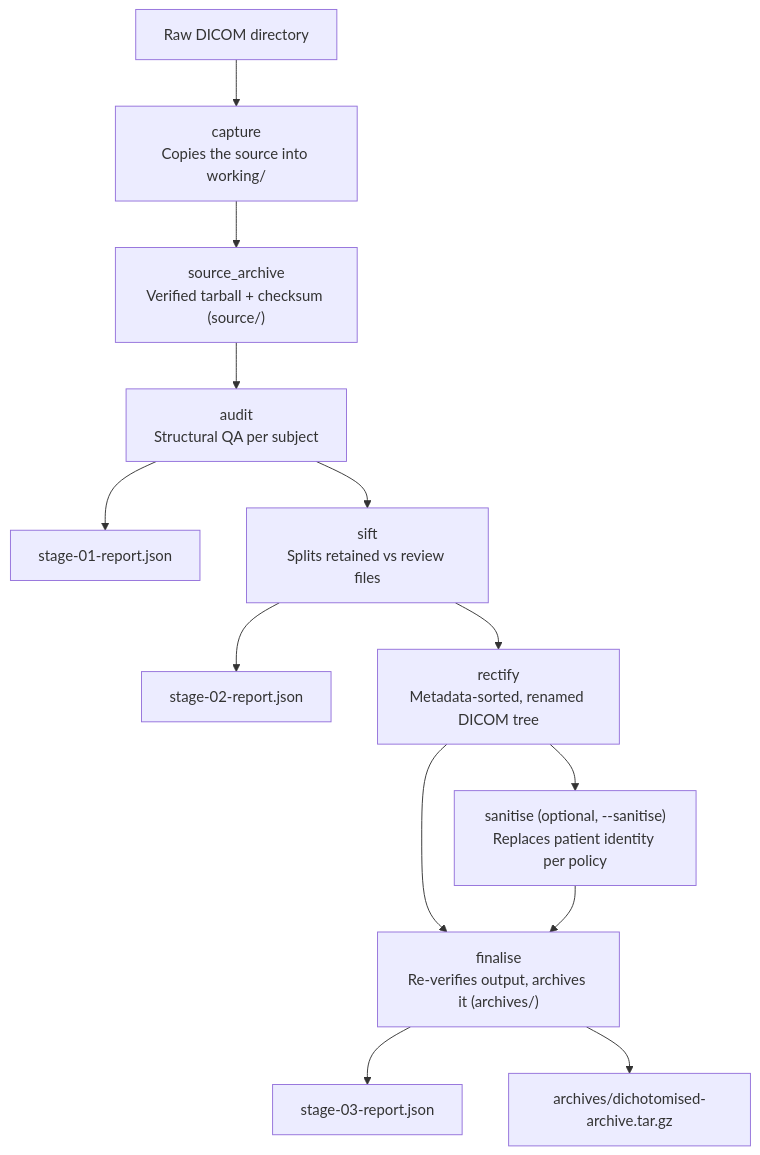
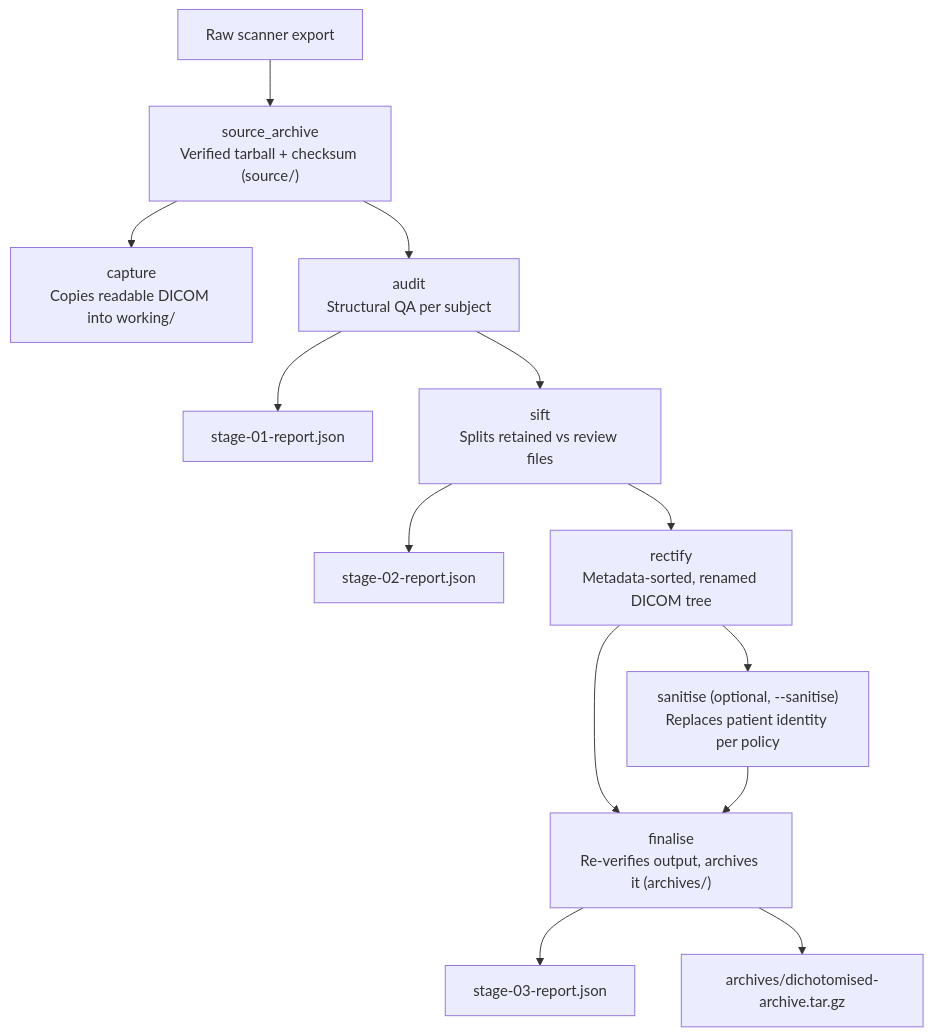
The diagram in README.md (srikash/dichotomise), drawn with Mermaid before and after one commit. The commit also changed other lines of this file and 20 other files, not shown here.

````diff
--- a/README.md
+++ b/README.md
@@ -223,15 +236,15 @@
 ```mermaid
 flowchart TD
-    SOURCE["Raw DICOM directory"] --> CAPTURE["capture<br/>Copies the source into working/"]
-    CAPTURE --> ARCHIVE["source_archive<br/>Verified tarball + checksum (source/)"]
+    SOURCE["Raw scanner export"] --> ARCHIVE["source_archive<br/>Verified tarball + checksum (source/)"]
+    ARCHIVE --> CAPTURE["capture<br/>Copies readable DICOM into working/"]
     ARCHIVE --> AUDIT["audit<br/>Structural QA per subject"]
     AUDIT --> REPORT1["stage-01-report.json"]
     AUDIT --> SIFT["sift<br/>Splits retained vs review files"]
     SIFT --> REPORT2["stage-02-report.json"]
     SIFT --> RECTIFY["rectify<br/>Metadata-sorted, renamed DICOM tree"]
     RECTIFY --> SANITISE["sanitise (optional, --sanitise)<br/>Replaces patient identity per policy"]
     RECTIFY --> FINALISE["finalise<br/>Re-verifies output, archives it (archives/)"]
     SANITISE --> FINALISE
     FINALISE --> REPORT3["stage-03-report.json"]
     FINALISE --> ARCHIVES["archives/dichotomised-archive.tar.gz"]
 ```
````
